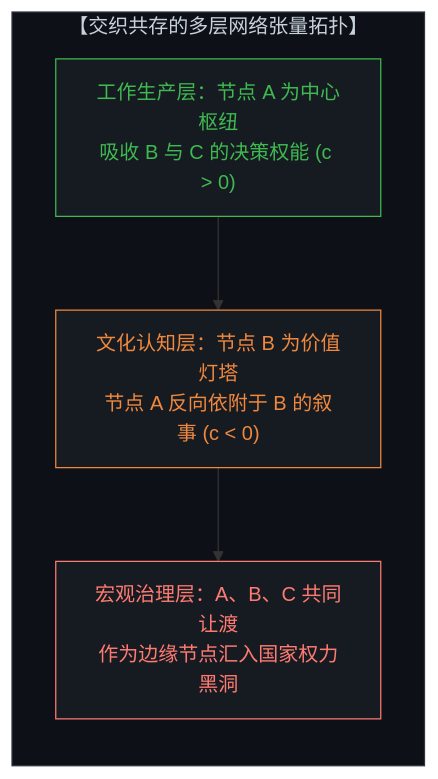
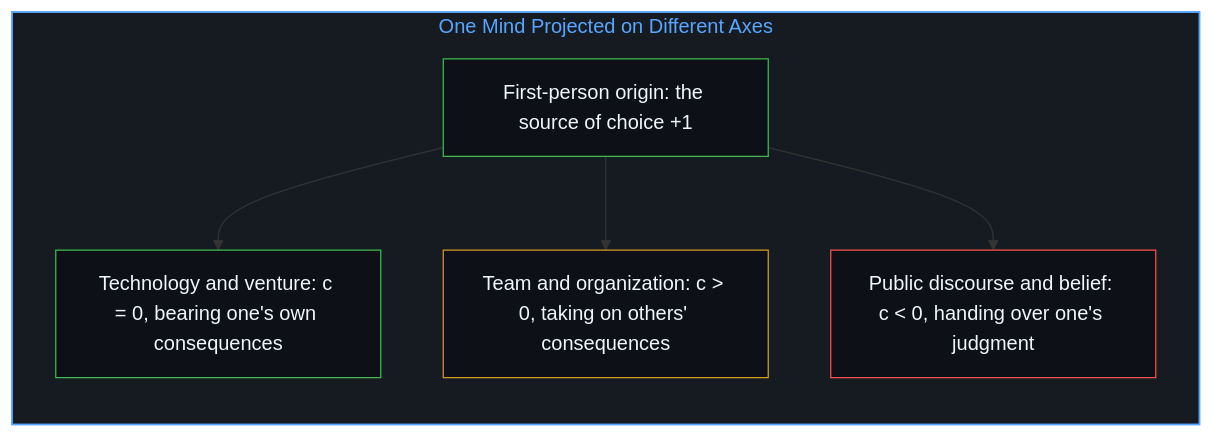
The fourth of 12 diagrams in content/posts/the-mirror-handshake-of-power.md (powerpig99/not-a-toe), drawn with Mermaid before and after one commit. The commit also changed other lines of this file and 3 other files, not shown here.

Commit message:
Refine the-mirror-handshake-of-power: alternating bilingual layout, English diagram twins, first-person framing

````diff
--- a/content/posts/the-mirror-handshake-of-power.md
+++ b/content/posts/the-mirror-handshake-of-power.md
@@ -98,15 +97,19 @@
 ```mermaid
-graph TD
-    subgraph MultiLayerTensor["【交织共存的多层网络张量拓扑】"]
+flowchart TD
+    subgraph S_Axes["One Mind Projected on Different Axes"]
         direction TB
-        LayerWork["工作生产层：节点 A 为中心枢纽<br>吸收 B 与 C 的决策权能 (c > 0)"]
-        LayerCulture["文化认知层：节点 B 为价值灯塔<br>节点 A 反向依附于 B 的叙事 (c < 0)"]
-        LayerState["宏观治理层：A、B、C 共同让渡<br>作为边缘节点汇入国家权力黑洞"]
-        LayerWork --> LayerCulture
-        LayerCulture --> LayerState
+        Mind["First-person origin: the source of choice +1"]
+        Tech["Technology and venture: c = 0, bearing one's own consequences"]
+        Org["Team and organization: c > 0, taking on others' consequences"]
+        Idea["Public discourse and belief: c < 0, handing over one's judgment"]
+        Mind --> Tech
+        Mind --> Org
+        Mind --> Idea
     end
-    style MultiLayerTensor fill:#0d1117,stroke:#30363d,stroke-width:1px,color:#c9d1d9
-    style LayerWork fill:#161b22,stroke:#3fb950,stroke-width:1px,color:#3fb950
-    style LayerCulture fill:#161b22,stroke:#f0883e,stroke-width:1px,color:#f0883e
-    style LayerState fill:#161b22,stroke:#ff7b72,stroke-width:1px,color:#ff7b72
+
+    style S_Axes fill:#161b22,stroke:#58a6ff,stroke-width:1.5px,color:#58a6ff
+    style Mind fill:#0d1117,stroke:#3fb950,stroke-width:1px,color:#f0f6fc
+    style Tech fill:#0d1117,stroke:#3fb950,stroke-width:1px,color:#f0f6fc
+    style Org fill:#0d1117,stroke:#d29922,stroke-width:1px,color:#f0f6fc
+    style Idea fill:#0d1117,stroke:#f85149,stroke-width:1px,color:#f0f6fc
 ```
````
